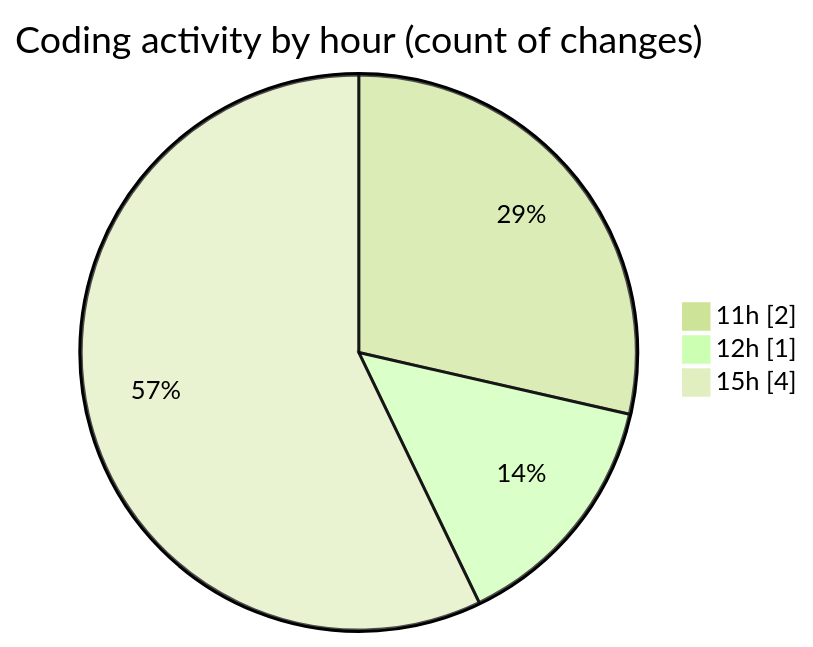
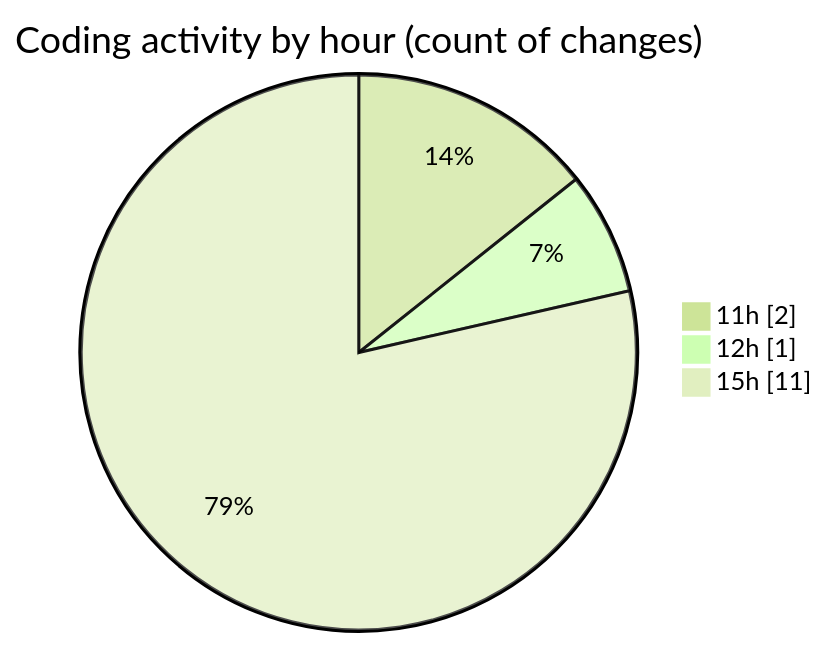
Before and after one commit to nxtqubesakshisongat/code-tracking: the second of 2 diagrams in 2025-06-16/nxtqube_webapp/README.md, drawn with Mermaid (forest theme). The commit also changed other lines of this file and 1 other file, not shown here.

````diff
--- a/2025-06-16/nxtqube_webapp/README.md
+++ b/2025-06-16/nxtqube_webapp/README.md
@@ -30,7 +30,7 @@
 ```mermaid
 pie showData
 title Coding activity by hour (count of changes)
 "11h" : 2
 "12h" : 1
-"15h" : 4
+"15h" : 11
 ```
````
